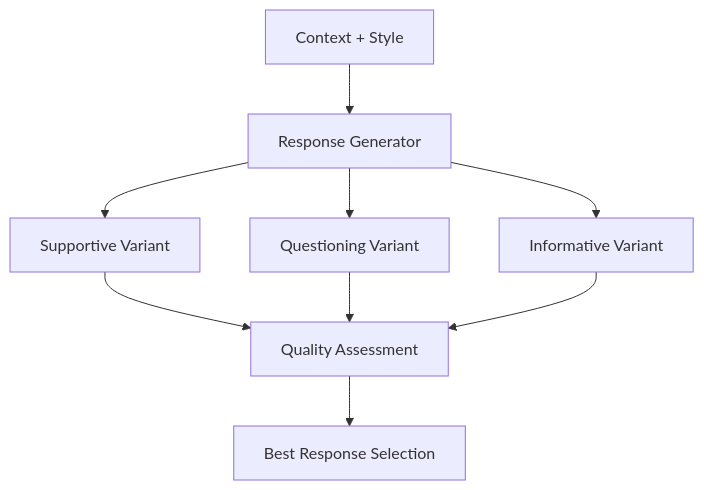
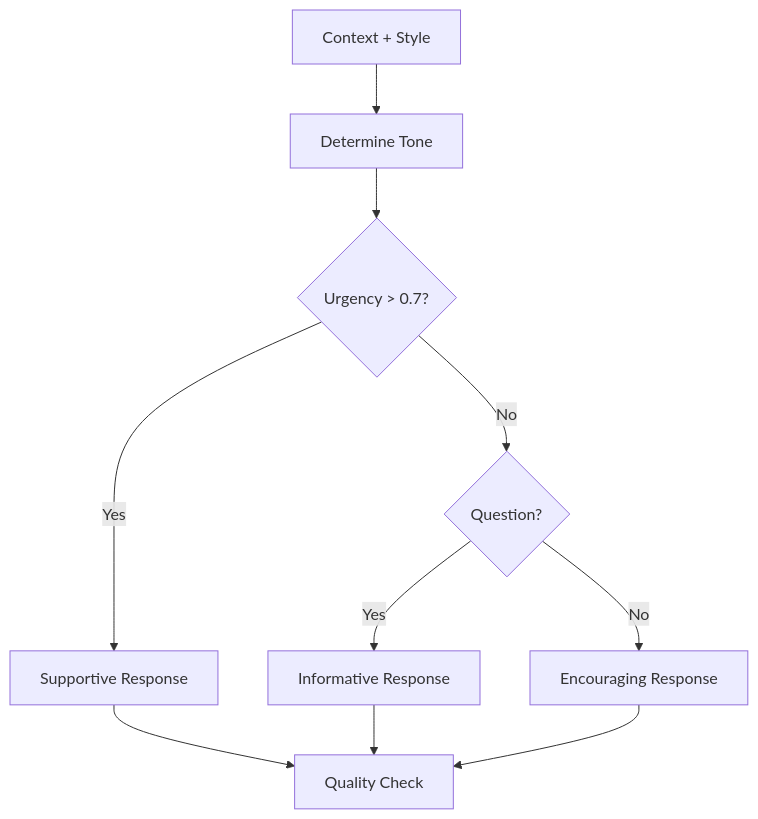
Before and after one commit to xandylearning/zulip: the fifth of 14 diagrams in docs/development/ai agent/ai-agent-architecture.md, drawn with Mermaid. The commit also changed other lines of this file and 27 other files, not shown here.

````diff
--- a/docs/development/ai agent/ai-agent-architecture.md
+++ b/docs/development/ai agent/ai-agent-architecture.md
@@ -175,11 +205,12 @@
 ```mermaid
 graph TB
-    A[Context + Style] --> B[Response Generator]
-    B --> C[Supportive Variant]
-    B --> D[Questioning Variant]
-    B --> E[Informative Variant]
-    C --> F[Quality Assessment]
-    D --> F
-    E --> F
-    F --> G[Best Response Selection]
+    A[Context + Style] --> B[Determine Tone]
+    B --> C{Urgency > 0.7?}
+    C -->|Yes| D[Supportive Response]
+    C -->|No| E{Question?}
+    E -->|Yes| F[Informative Response]
+    E -->|No| G[Encouraging Response]
+    D --> H[Quality Check]
+    F --> H
+    G --> H
 ```
````
